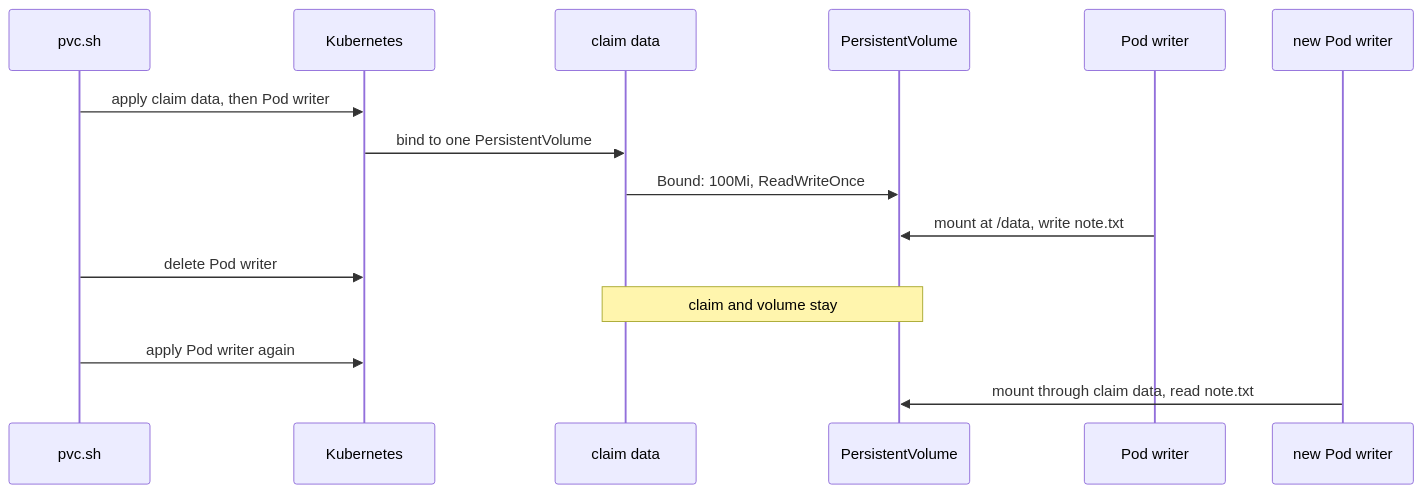
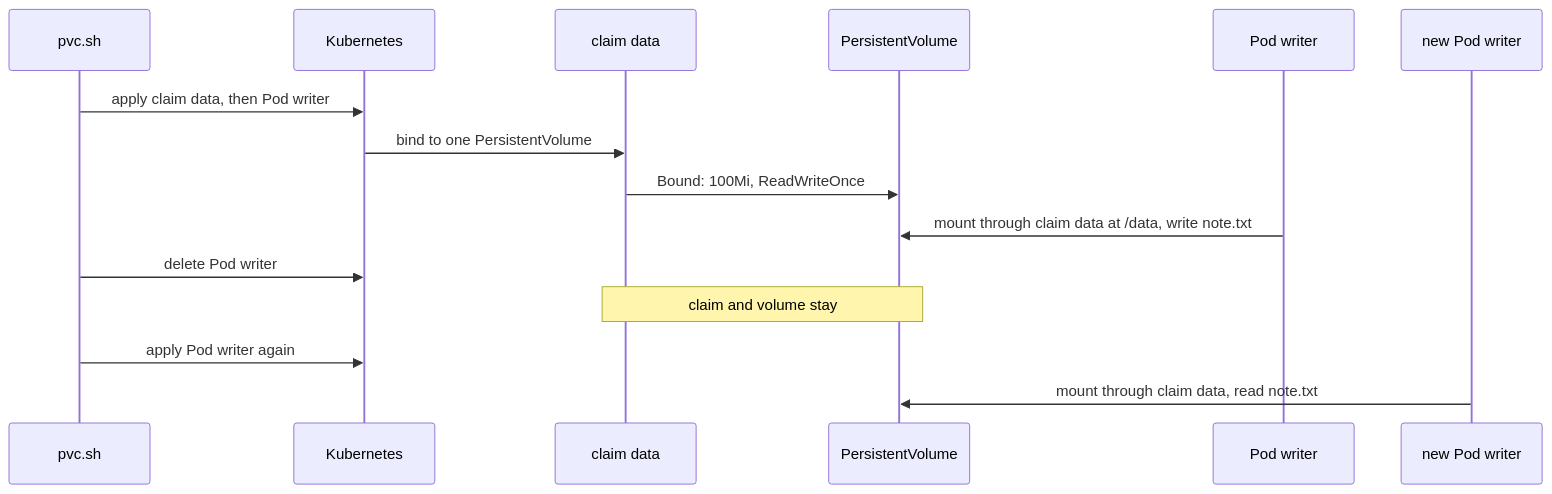
The diagram in content/tracks/k8s/state-and-storage/k8s.l2.persistent-volume-claims.en.md (duyan11110/lo-trinh-architect), drawn with Mermaid before and after one commit. The commit also changed other lines of this file and 38 other files, not shown here.

````diff
--- a/content/tracks/k8s/state-and-storage/k8s.l2.persistent-volume-claims.en.md
+++ b/content/tracks/k8s/state-and-storage/k8s.l2.persistent-volume-claims.en.md
@@ -43,17 +43,17 @@
 ```mermaid
 sequenceDiagram
   participant S as pvc.sh
   participant K as Kubernetes
   participant C as claim data
   participant PV as PersistentVolume
   participant W1 as Pod writer
   participant W2 as new Pod writer
   S->>K: apply claim data, then Pod writer
   K->>C: bind to one PersistentVolume
   C->>PV: Bound: 100Mi, ReadWriteOnce
-  W1->>PV: mount at /data, write note.txt
+  W1->>PV: mount through claim data at /data, write note.txt
   S->>K: delete Pod writer
   Note over C,PV: claim and volume stay
   S->>K: apply Pod writer again
   W2->>PV: mount through claim data, read note.txt
 ```
````
